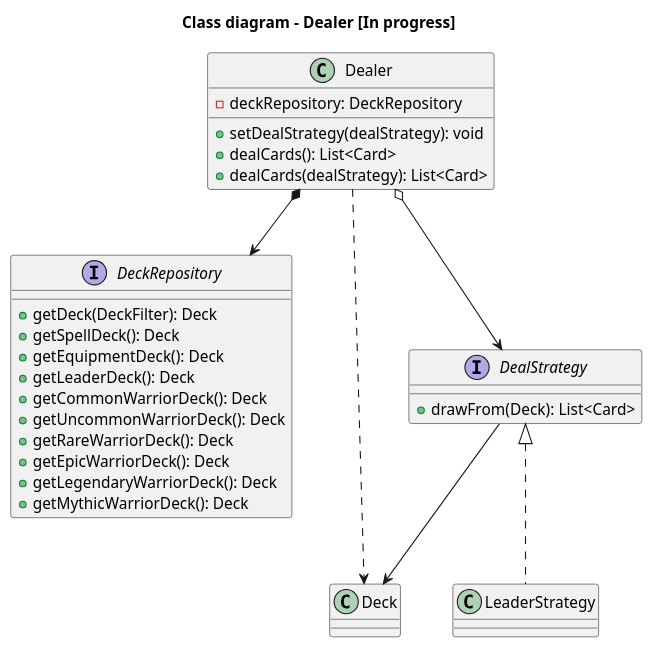
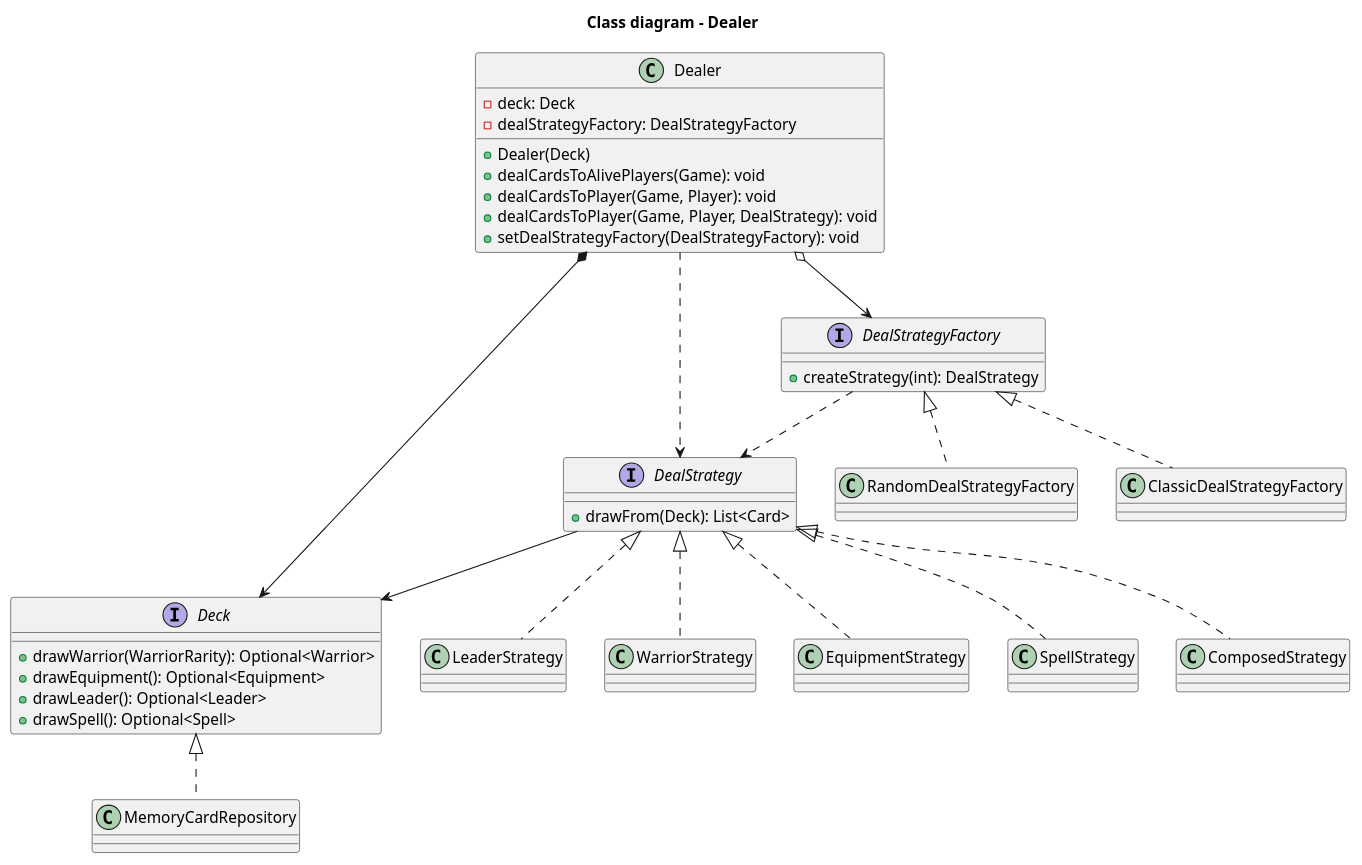
Before and after one commit to DainWs/Crazy-Random-Multiverse: the diagram in docs/development/diagrams/class_diagram-dealer.plantuml, drawn with PlantUML. The commit also changed 16 other files, not shown here.

Commit message:
align the guides, diagrams and readme with the code

```diff
--- a/docs/development/diagrams/class_diagram-dealer.plantuml
+++ b/docs/development/diagrams/class_diagram-dealer.plantuml
@@ -1,35 +1,46 @@
 @startuml
-title "Class diagram - Dealer [In progress]"
+title "Class diagram - Dealer"
 
 class Dealer {
- -deckRepository: DeckRepository
- +setDealStrategy(dealStrategy): void
- +dealCards(): List<Card>
- +dealCards(dealStrategy): List<Card>
+ -deck: Deck
+ -dealStrategyFactory: DealStrategyFactory
+ +Dealer(Deck)
+ +dealCardsToAlivePlayers(Game): void
+ +dealCardsToPlayer(Game, Player): void
+ +dealCardsToPlayer(Game, Player, DealStrategy): void
+ +setDealStrategyFactory(DealStrategyFactory): void
 }
 
-interface DeckRepository {
- +getDeck(DeckFilter): Deck
- +getSpellDeck(): Deck
- +getEquipmentDeck(): Deck
- +getLeaderDeck(): Deck
- +getCommonWarriorDeck(): Deck
- +getUncommonWarriorDeck(): Deck
- +getRareWarriorDeck(): Deck
- +getEpicWarriorDeck(): Deck
- +getLegendaryWarriorDeck(): Deck
- +getMythicWarriorDeck(): Deck
+interface Deck {
+ +drawWarrior(WarriorRarity): Optional<Warrior>
+ +drawEquipment(): Optional<Equipment>
+ +drawLeader(): Optional<Leader>
+ +drawSpell(): Optional<Spell>
 }
 
 interface DealStrategy {
  +drawFrom(Deck): List<Card>
 }
 
-Dealer *--> DeckRepository
-Dealer o--> DealStrategy
-Dealer ..> Deck
+interface DealStrategyFactory {
+ +createStrategy(int): DealStrategy
+}
+
+Dealer *--> Deck
+Dealer o--> DealStrategyFactory
+Dealer ..> DealStrategy
+DealStrategyFactory ..> DealStrategy
 DealStrategy --> Deck
 
+Deck <|.. MemoryCardRepository
+
 DealStrategy <|.. LeaderStrategy
+DealStrategy <|.. WarriorStrategy
+DealStrategy <|.. EquipmentStrategy
+DealStrategy <|.. SpellStrategy
+DealStrategy <|.. ComposedStrategy
+
+DealStrategyFactory <|.. RandomDealStrategyFactory
+DealStrategyFactory <|.. ClassicDealStrategyFactory
 
 @enduml
```
